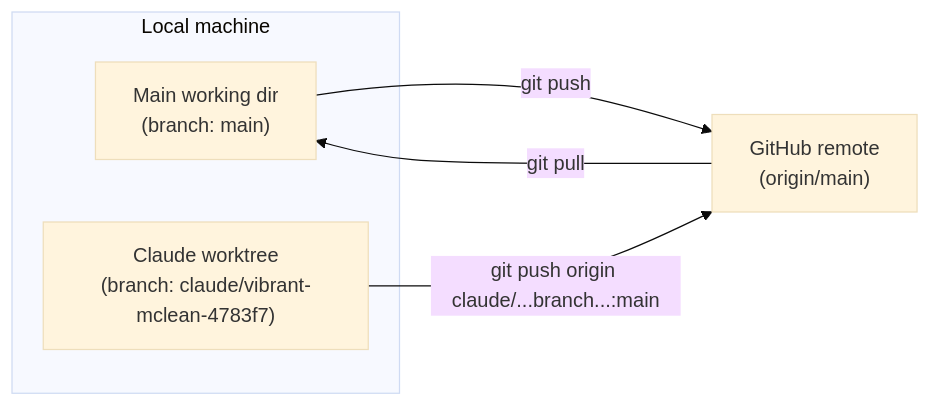
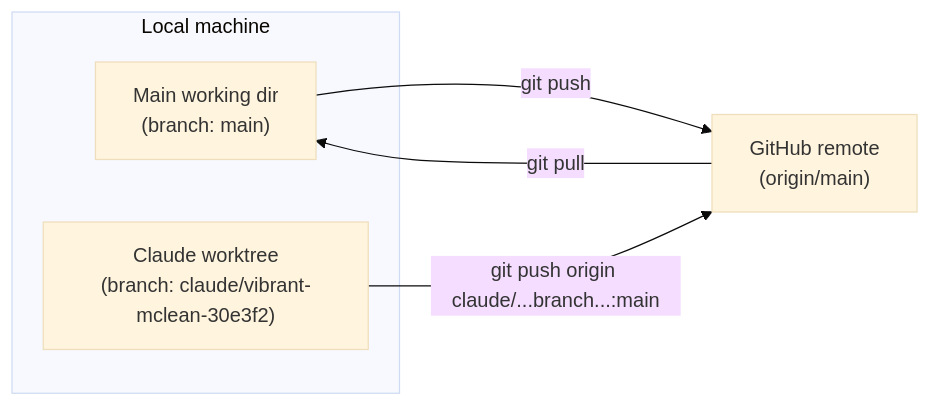
One commit to bilarikan/bilarikan.github.io changed the first of 2 diagrams in content/posts/git-worktrees-claude-code/index.md. Above: the diagram before and after it, drawn with Mermaid (base theme). The commit also changed other lines of this file, not shown here.

First line of the commit message:
Fix mermaid node line breaks: use <br/> instead of \n

```diff
--- a/content/posts/git-worktrees-claude-code/index.md
+++ b/content/posts/git-worktrees-claude-code/index.md
@@ -44,12 +44,12 @@
 {{< mermaid >}}
 flowchart LR
   subgraph Local machine
-    A["Main working dir\n(branch: main)"]
-    B["Claude worktree\n(branch: claude/vibrant-mclean-4783f7)"]
+    A["Main working dir<br/>(branch: main)"]
+    B["Claude worktree<br/>(branch: claude/vibrant-mclean-30e3f2)"]
   end
-  GH["GitHub remote\n(origin/main)"]
+  GH["GitHub remote<br/>(origin/main)"]
 
   A -->|git push| GH
   B -->|git push origin claude/...branch...:main| GH
   GH -->|git pull| A
 {{< /mermaid >}}
```
